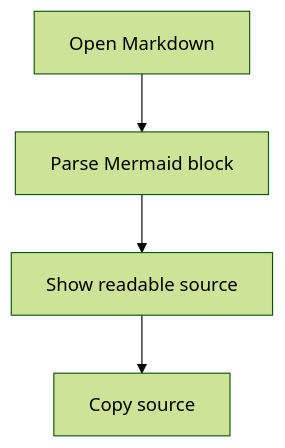
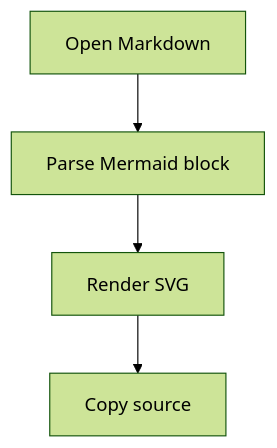
One commit to highpear/oxidemd changed the first of 3 diagrams in samples/mermaid.md. Above: the diagram before and after it, drawn with Mermaid (forest theme). The commit also changed other lines of this file and 7 other files, not shown here.

Commit message:
Add Mermaid rendering measurements

````diff
--- a/samples/mermaid.md
+++ b/samples/mermaid.md
@@ -5,6 +5,6 @@
 ```mermaid
 graph TD
     Start[Open Markdown] --> Parse[Parse Mermaid block]
-    Parse --> Fallback[Show readable source]
-    Fallback --> Copy[Copy source]
+    Parse --> Render[Render SVG]
+    Render --> Copy[Copy source]
 ```
````
